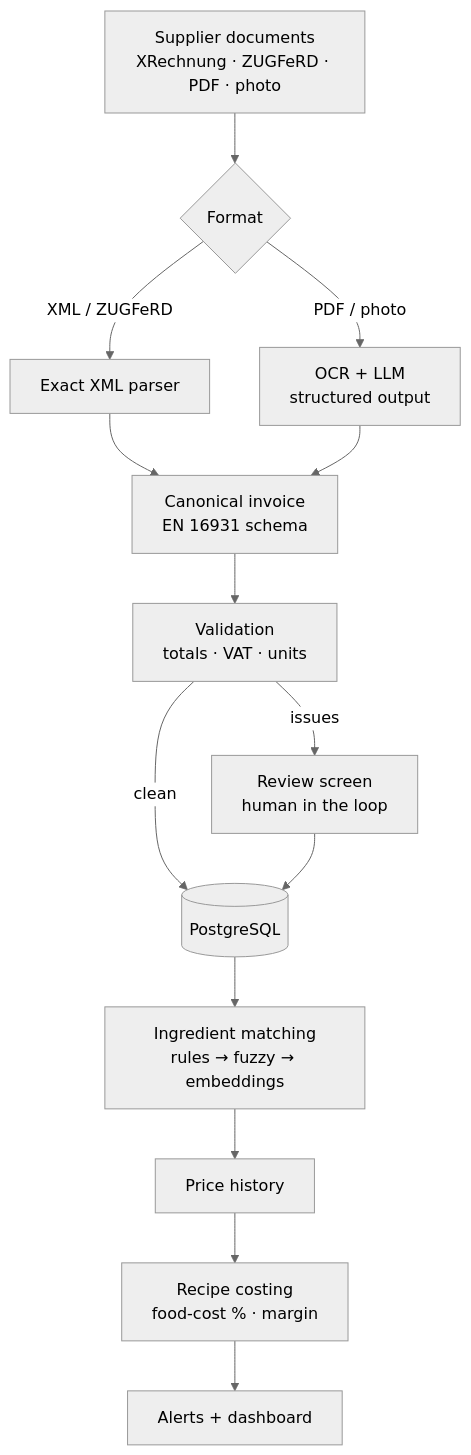
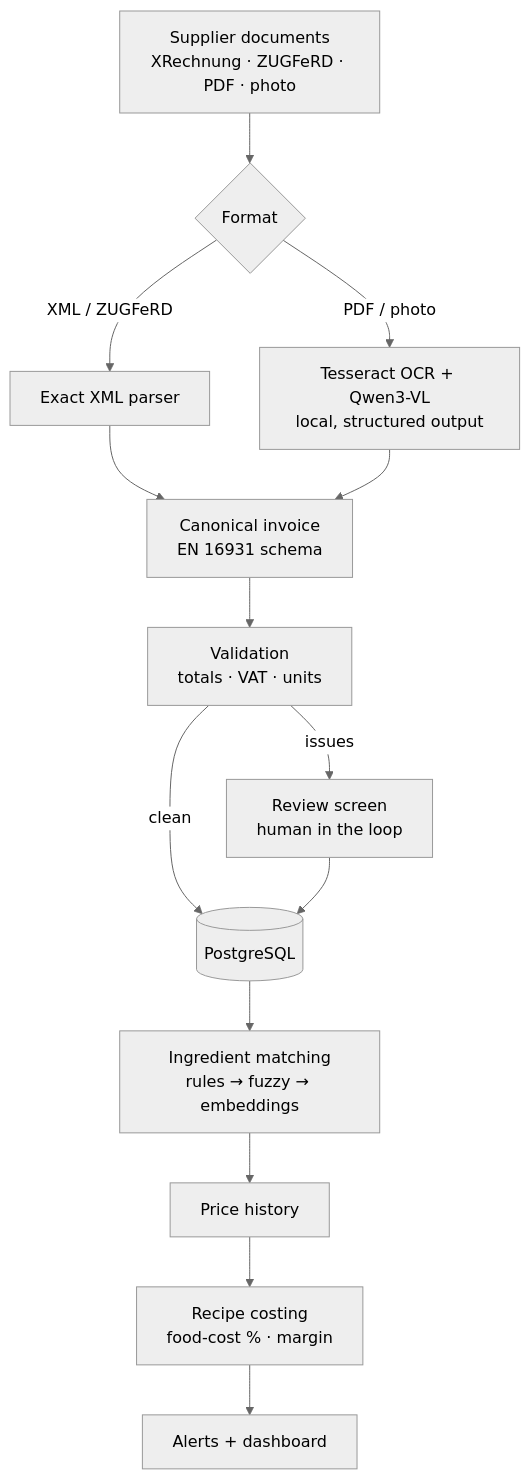
The first of 2 diagrams in README.md (Anant2580/wareneinsatz-pilot), drawn with Mermaid (neutral theme) before and after one commit. The commit also changed other lines of this file and 27 other files, not shown here.

First line of the commit message:
Read PDFs and photos with OCR and a local vision language model

````diff
--- a/README.md
+++ b/README.md
@@ -20,16 +20,16 @@
 ```mermaid
 flowchart TB
     A["Supplier documents<br/>XRechnung · ZUGFeRD · PDF · photo"] --> B{"Format"}
     B -->|"XML / ZUGFeRD"| C["Exact XML parser"]
-    B -->|"PDF / photo"| D["OCR + LLM<br/>structured output"]
+    B -->|"PDF / photo"| D["Tesseract OCR + Qwen3-VL<br/>local, structured output"]
     C --> E["Canonical invoice<br/>EN 16931 schema"]
     D --> E
     E --> F["Validation<br/>totals · VAT · units"]
     F -->|"issues"| G["Review screen<br/>human in the loop"]
     F -->|"clean"| H[("PostgreSQL")]
     G --> H
     H --> I["Ingredient matching<br/>rules → fuzzy → embeddings"]
     I --> J["Price history"]
     J --> K["Recipe costing<br/>food-cost % · margin"]
     K --> L["Alerts + dashboard"]
 ```
````
